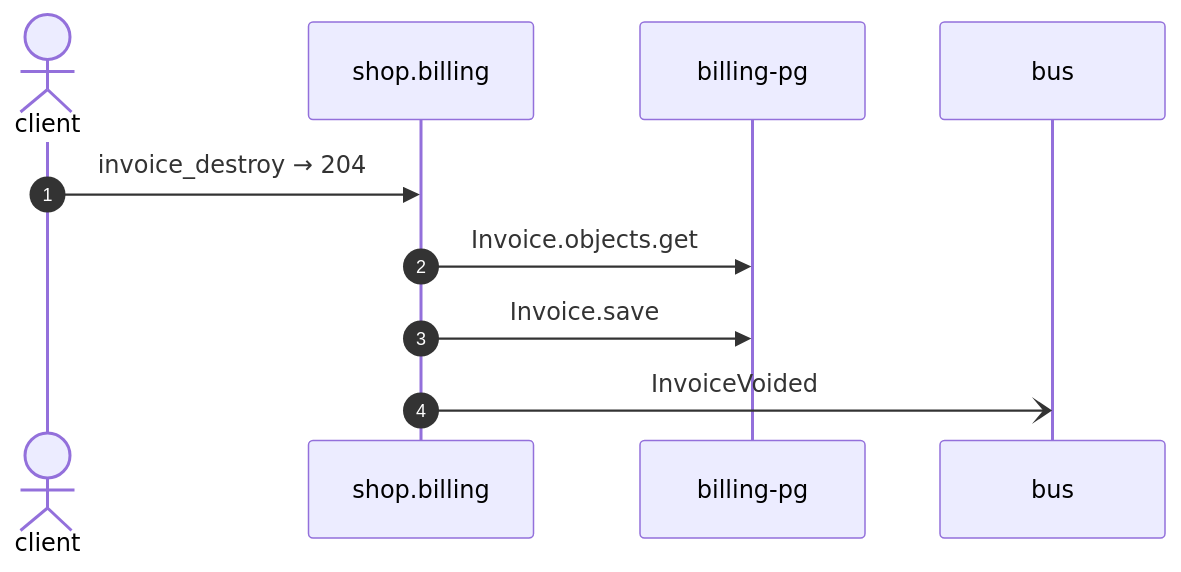
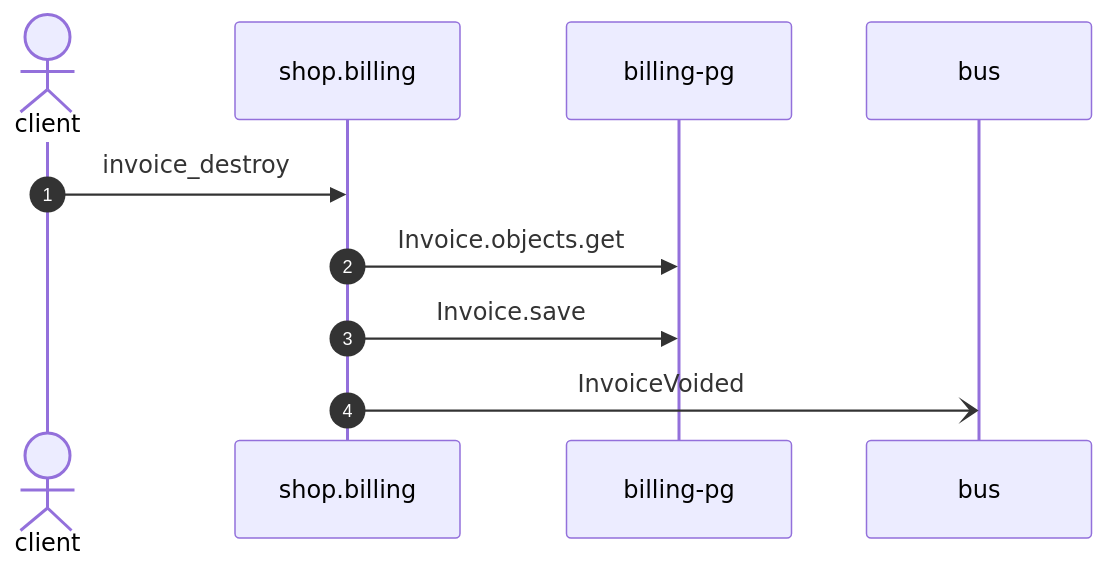
Before and after one commit to shortlink-org/portolan: the diagram in exports/mermaid/billing-invoice-destroy.mmd, drawn with Mermaid. The commit also changed 172 other files, not shown here.

```diff
--- a/exports/mermaid/billing-invoice-destroy.mmd
+++ b/exports/mermaid/billing-invoice-destroy.mmd
@@ -1,10 +1,10 @@
 sequenceDiagram
     autonumber
     actor p0 as client
     participant p1 as shop.billing
     participant p2 as billing-pg
     participant p3 as bus
-    p0->>p1: invoice_destroy → 204
+    p0->>p1: invoice_destroy
     p1->>p2: Invoice.objects.get
     p1->>p2: Invoice.save
     p1-)p3: InvoiceVoided
```
